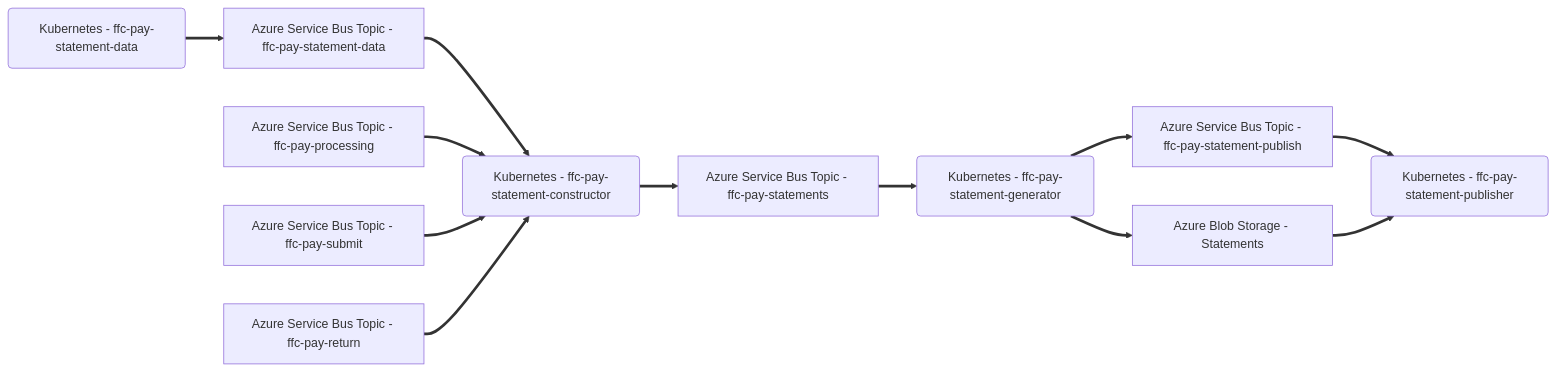
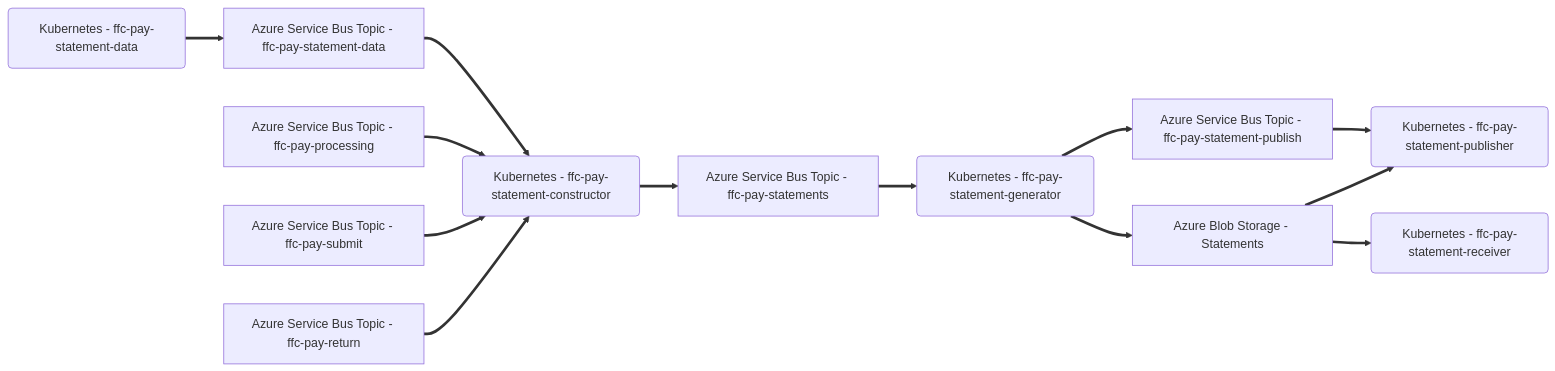
Before and after one commit to DEFRA/ffc-pay-core: the third of 3 diagrams in README.md, drawn with Mermaid. The commit also changed other lines of this file and 8 other files, not shown here.

Commit message:
Add statement receiver

````diff
--- a/README.md
+++ b/README.md
@@ -155,29 +152,31 @@
 ```mermaid
 flowchart LR
 
 ffc-pay-statement-data(Kubernetes - ffc-pay-statement-data)
 ffc-pay-statement-constructor(Kubernetes - ffc-pay-statement-constructor)
 ffc-pay-statement-generator(Kubernetes - ffc-pay-statement-generator)
 ffc-pay-statement-publisher(Kubernetes - ffc-pay-statement-publisher)
+ffc-pay-statement-receiver(Kubernetes - ffc-pay-statement-receiver)
 
 storageStatements[Azure Blob Storage - Statements]
 
 topicProcessing[Azure Service Bus Topic - ffc-pay-processing]
 topicSubmit[Azure Service Bus Topic - ffc-pay-submit]
 topicReturn[Azure Service Bus Topic - ffc-pay-return]
 topicStatementData[Azure Service Bus Topic - ffc-pay-statement-data]
 topicStatements[Azure Service Bus Topic - ffc-pay-statements]
 topicStatementPublish[Azure Service Bus Topic - ffc-pay-statement-publish]
 
 ffc-pay-statement-data ==> topicStatementData
 topicStatementData ==> ffc-pay-statement-constructor
 topicProcessing ==> ffc-pay-statement-constructor
 topicSubmit ==> ffc-pay-statement-constructor
 topicReturn ==> ffc-pay-statement-constructor
 ffc-pay-statement-constructor ==> topicStatements
 topicStatements ==> ffc-pay-statement-generator
 ffc-pay-statement-generator ==> topicStatementPublish
 ffc-pay-statement-generator ==> storageStatements
 topicStatementPublish ==> ffc-pay-statement-publisher
 storageStatements ==> ffc-pay-statement-publisher
+storageStatements ==> ffc-pay-statement-receiver
 ```
````
